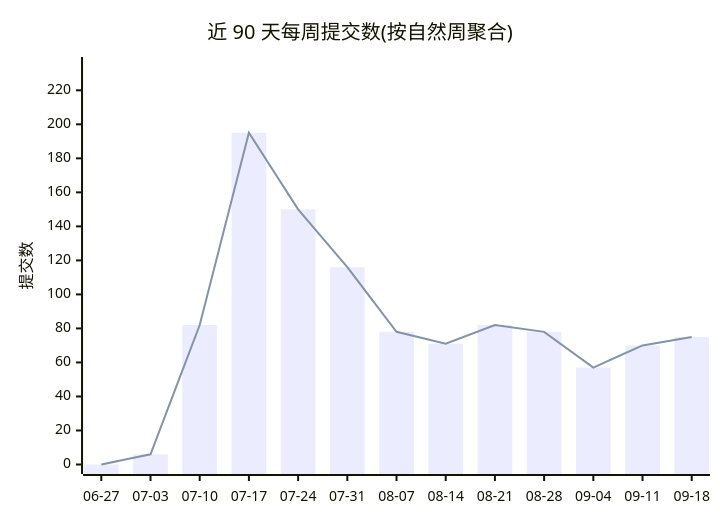
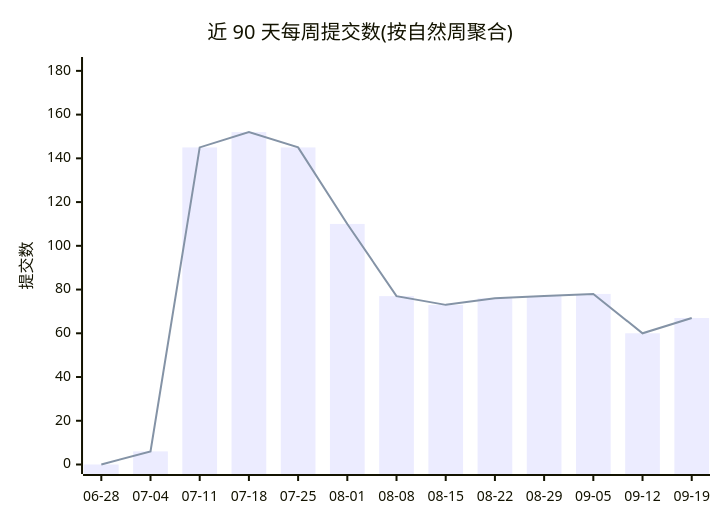
The first of 2 diagrams in profile/README.md (Conflux-Union/.github), drawn with Mermaid before and after one commit. The commit also changed other lines of this file and 1 other file, not shown here.

````diff
--- a/profile/README.md
+++ b/profile/README.md
@@ -44,8 +44,8 @@
 ```mermaid
 xychart-beta
     title "近 90 天每周提交数(按自然周聚合)"
-    x-axis ["06-27", "07-03", "07-10", "07-17", "07-24", "07-31", "08-07", "08-14", "08-21", "08-28", "09-04", "09-11", "09-18"]
-    y-axis "提交数" 0 --> 234
-    bar [0, 6, 82, 195, 150, 116, 78, 71, 82, 78, 57, 70, 75]
-    line [0, 6, 82, 195, 150, 116, 78, 71, 82, 78, 57, 70, 75]
+    x-axis ["06-28", "07-04", "07-11", "07-18", "07-25", "08-01", "08-08", "08-15", "08-22", "08-29", "09-05", "09-12", "09-19"]
+    y-axis "提交数" 0 --> 182
+    bar [0, 6, 145, 152, 145, 110, 77, 73, 76, 77, 78, 60, 67]
+    line [0, 6, 145, 152, 145, 110, 77, 73, 76, 77, 78, 60, 67]
 ```
````
